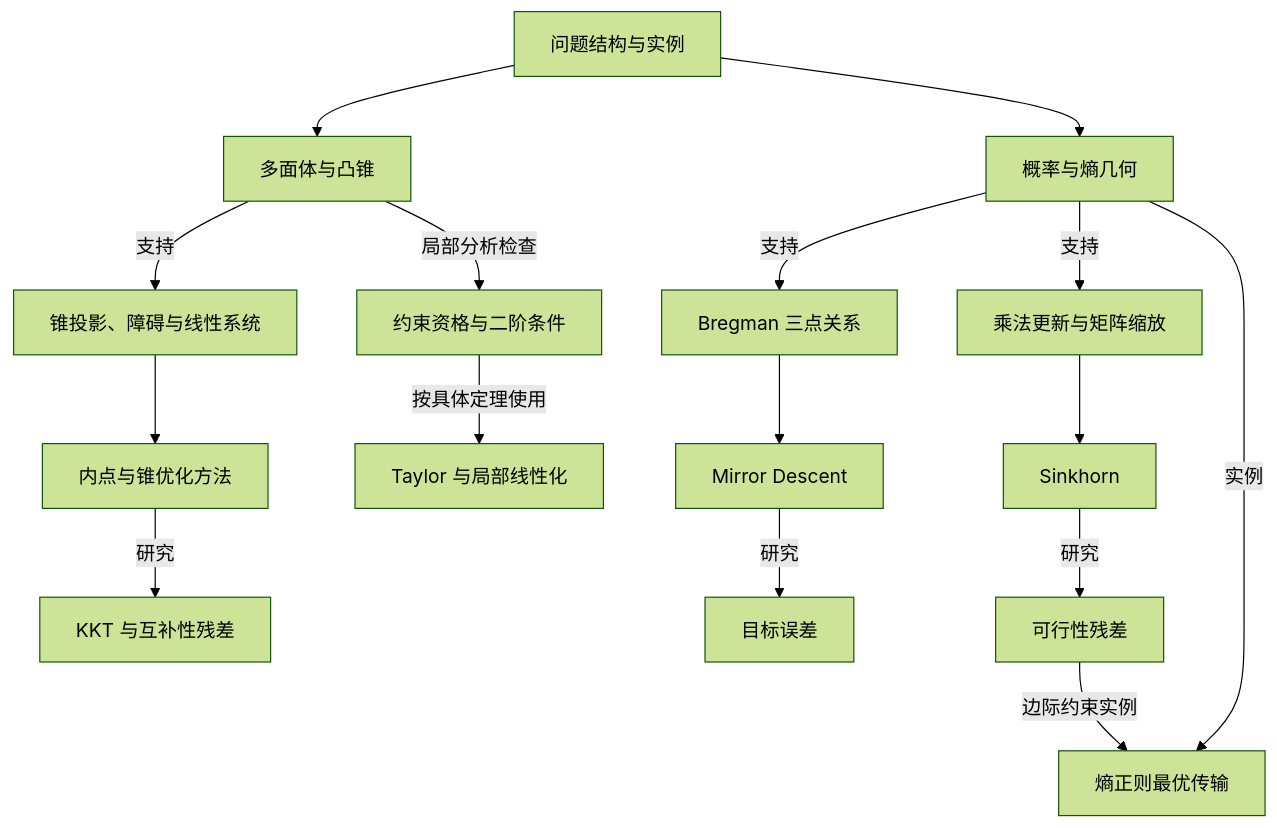
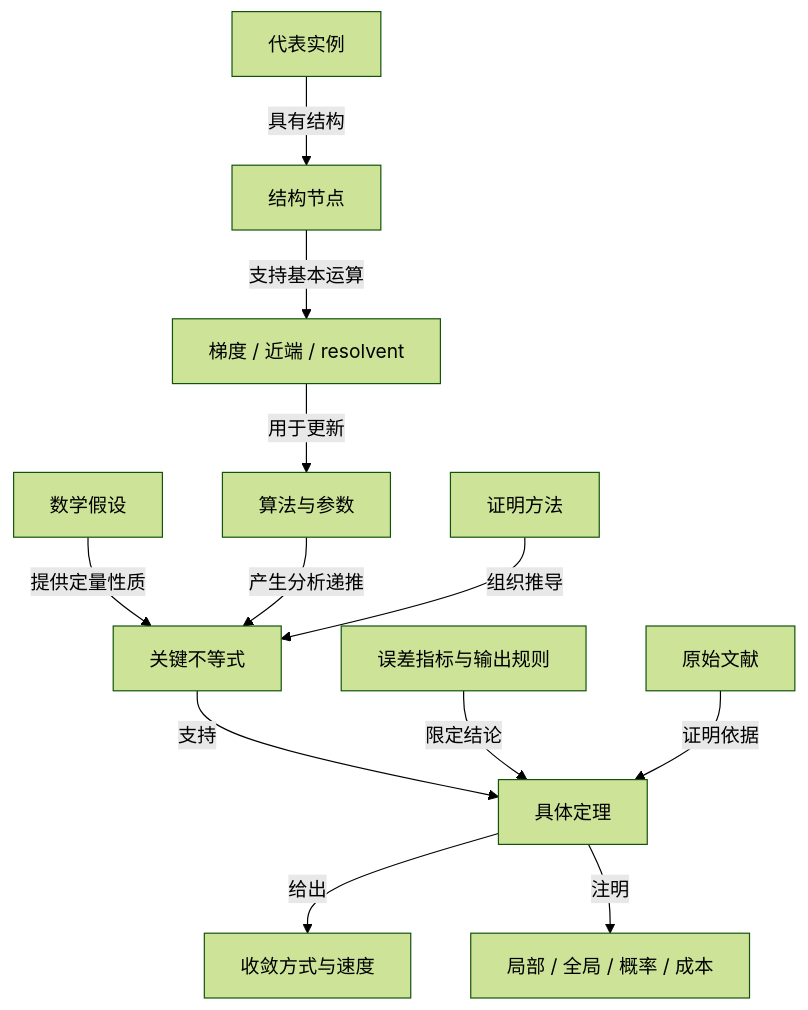
Before and after one commit to ConanXu-math/conanxu-math.github.io: the fifth of 5 diagrams in _posts/2026-11-14-optimization-convergence-map.zh-CN.md, drawn with Mermaid (forest theme). The commit also changed other lines of this file and 5 other files, not shown here.

````diff
--- a/_posts/2026-11-14-optimization-convergence-map.zh-CN.md
+++ b/_posts/2026-11-14-optimization-convergence-map.zh-CN.md
@@ -2329,18 +1106,14 @@
 ```mermaid
 flowchart TD
-  map_structures["问题结构与实例"] --> s_conic["多面体与凸锥"]
-  map_structures --> s_entropy["概率与熵几何"]
-  s_conic -->|支持| op_cone["锥投影、障碍与线性系统"]
-  s_entropy -->|支持| method_bregman["Bregman 三点关系"]
-  s_entropy -->|支持| op_scaling["乘法更新与矩阵缩放"]
-  op_cone --> alg_interior["内点与锥优化方法"]
-  method_bregman --> alg_mirror["Mirror Descent"]
-  op_scaling --> alg_sinkhorn["Sinkhorn"]
-  alg_interior -->|研究| metric_kkt["KKT 与互补性残差"]
-  alg_mirror -->|研究| metric_objective["目标误差"]
-  alg_sinkhorn -->|研究| metric_feasibility["可行性残差"]
-  s_conic -->|局部分析检查| c_constraint["约束资格与二阶条件"]
-  c_constraint -->|按具体定理使用| method_local["Taylor 与局部线性化"]
-  s_entropy -->|实例| ex_ot["熵正则最优传输"]
-  metric_feasibility -->|边际约束实例| ex_ot
+  EX["代表实例"] -->|具有结构| ST["结构节点"]
+  ST -->|支持基本运算| OP["梯度 / 近端 / resolvent"]
+  OP -->|用于更新| ALG["算法与参数"]
+  H["数学假设"] -->|提供定量性质| INEQ["关键不等式"]
+  ALG -->|产生分析递推| INEQ
+  METHOD["证明方法"] -->|组织推导| INEQ
+  INEQ -->|支持| TH["具体定理"]
+  METRIC["误差指标与输出规则"] -->|限定结论| TH
+  TH -->|给出| CONV["收敛方式与速度"]
+  TH -->|注明| SCOPE["局部 / 全局 / 概率 / 成本"]
+  PAPER["原始文献"] -->|证明依据| TH
 ```
````
